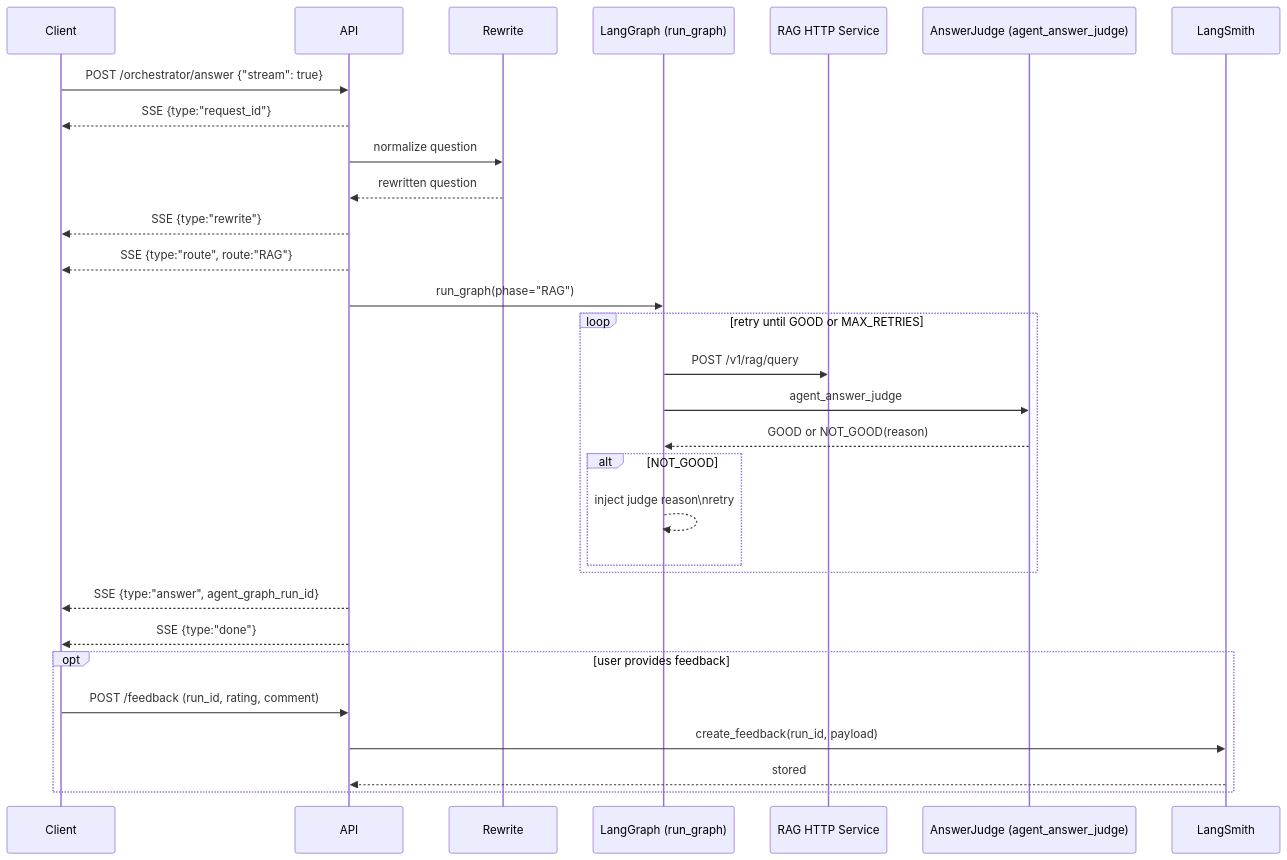
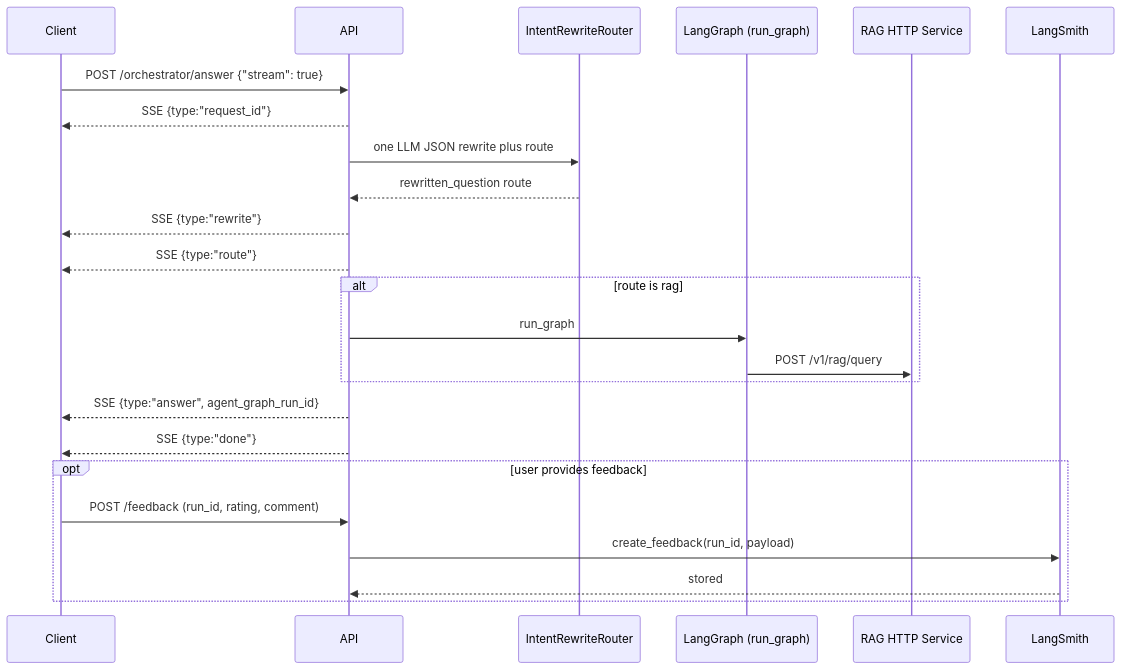
The diagram in docs/architecture.md (taixingbi/layer-orchestrator-v1), drawn with Mermaid before and after one commit. The commit also changed other lines of this file and 9 other files, not shown here.

````diff
--- a/docs/architecture.md
+++ b/docs/architecture.md
@@ -166,38 +133,31 @@
 ```mermaid
 sequenceDiagram
   participant Client
   participant API
-  participant Rewrite
+  participant Router as IntentRewriteRouter
   participant Graph as LangGraph (run_graph)
   participant RAG as RAG HTTP Service
-  participant Judge as AnswerJudge (agent_answer_judge)
   participant LangSmith
 
   Client->>API: POST /orchestrator/answer {"stream": true}
   API-->>Client: SSE {type:"request_id"}
 
-  API->>Rewrite: normalize question
-  Rewrite-->>API: rewritten question
+  API->>Router: one LLM JSON rewrite plus route
+  Router-->>API: rewritten_question route
   API-->>Client: SSE {type:"rewrite"}
+  API-->>Client: SSE {type:"route"}
 
-  API-->>Client: SSE {type:"route", route:"RAG"}
-
-  API->>Graph: run_graph(phase="RAG")
-  loop retry until GOOD or MAX_RETRIES
+  alt route is rag
+    API->>Graph: run_graph
     Graph->>RAG: POST /v1/rag/query
-    Graph->>Judge: agent_answer_judge
-    Judge-->>Graph: GOOD or NOT_GOOD(reason)
-    alt NOT_GOOD
-      Graph-->>Graph: inject judge reason\nretry
-    end
   end
 
   API-->>Client: SSE {type:"answer", agent_graph_run_id}
   API-->>Client: SSE {type:"done"}
 
   opt user provides feedback
     Client->>API: POST /feedback (run_id, rating, comment)
     API->>LangSmith: create_feedback(run_id, payload)
     LangSmith-->>API: stored
   end
 ```
````
